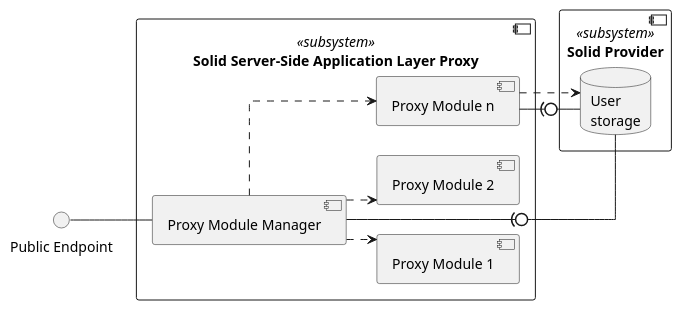
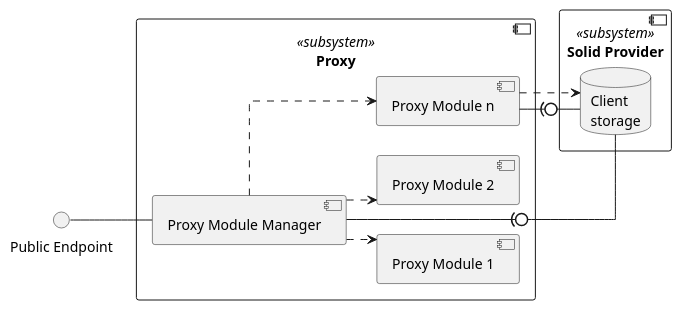
One commit to guddii/SEACT changed the diagram in docs/resources/diagrams/Logical_Topology_B.puml. Above: the diagram before and after it, drawn with PlantUML. The commit also changed 71 other files, not shown here.

Commit message:
refactor: apply solid application interoperability spec (#30)

```diff
--- a/docs/resources/diagrams/Logical_Topology_B.puml
+++ b/docs/resources/diagrams/Logical_Topology_B.puml
@@ -1,23 +1,23 @@
 @startuml Logical_Topology_B
 left to right direction
 skinparam linetype ortho
 skinparam nodesep 30
 skinparam ranksep 30
 interface "Public Endpoint" as PE
-component "Solid Server-Side Application Layer Proxy" as proxy <<subsystem>>{
+component "Proxy" as proxy <<subsystem>>{
     component "Proxy Module Manager" as MM
     component "Proxy Module 1" as M1
     component "Proxy Module 2" as M2
     component "Proxy Module n" as MN
 }
 component "Solid Provider" as P <<subsystem>>{
-    database "User\nstorage" as SU
+    database "Client\nstorage" as CU
 }
 PE -- MM
 MM ..> M1
 MM ..> M2
 MM ..> MN
-MM -(0- SU
-MN -(0- SU
-MN ..> SU
+MM -(0- CU
+MN -(0- CU
+MN ..> CU
 @enduml
```
